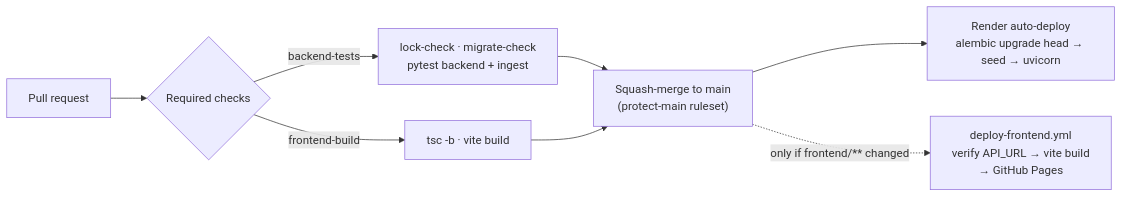
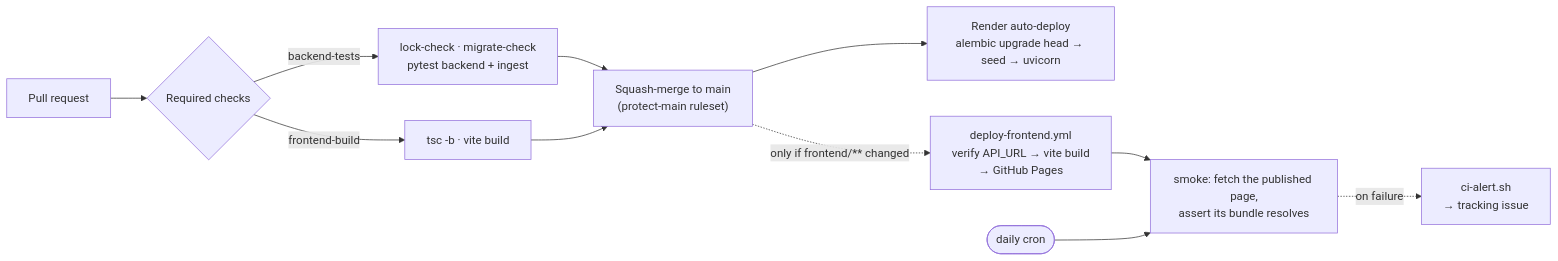
Before and after one commit to llevintza/energlens: the fifth of 6 diagrams in docs/architecture.md, drawn with Mermaid. The commit also changed other lines of this file and 9 other files, not shown here.

First line of the commit message:
Verify the Pages deploy, and make its failure audible (#35)

````diff
--- a/docs/architecture.md
+++ b/docs/architecture.md
@@ -179,9 +179,12 @@
 ```mermaid
 flowchart LR
     PR["Pull request"] --> CI{"Required checks"}
     CI -->|backend-tests| T1["lock-check · migrate-check<br/>pytest backend + ingest"]
     CI -->|frontend-build| T2["tsc -b · vite build"]
     T1 & T2 --> M["Squash-merge to main<br/>(protect-main ruleset)"]
     M --> D1["Render auto-deploy<br/>alembic upgrade head → seed → uvicorn"]
     M -.->|"only if frontend/** changed"| D2["deploy-frontend.yml<br/>verify API_URL → vite build<br/>→ GitHub Pages"]
+    D2 --> S["smoke: fetch the published page,<br/>assert its bundle resolves"]
+    CRON(["daily cron"]) --> S
+    S -.->|on failure| A["ci-alert.sh<br/>→ tracking issue"]
 ```
````
